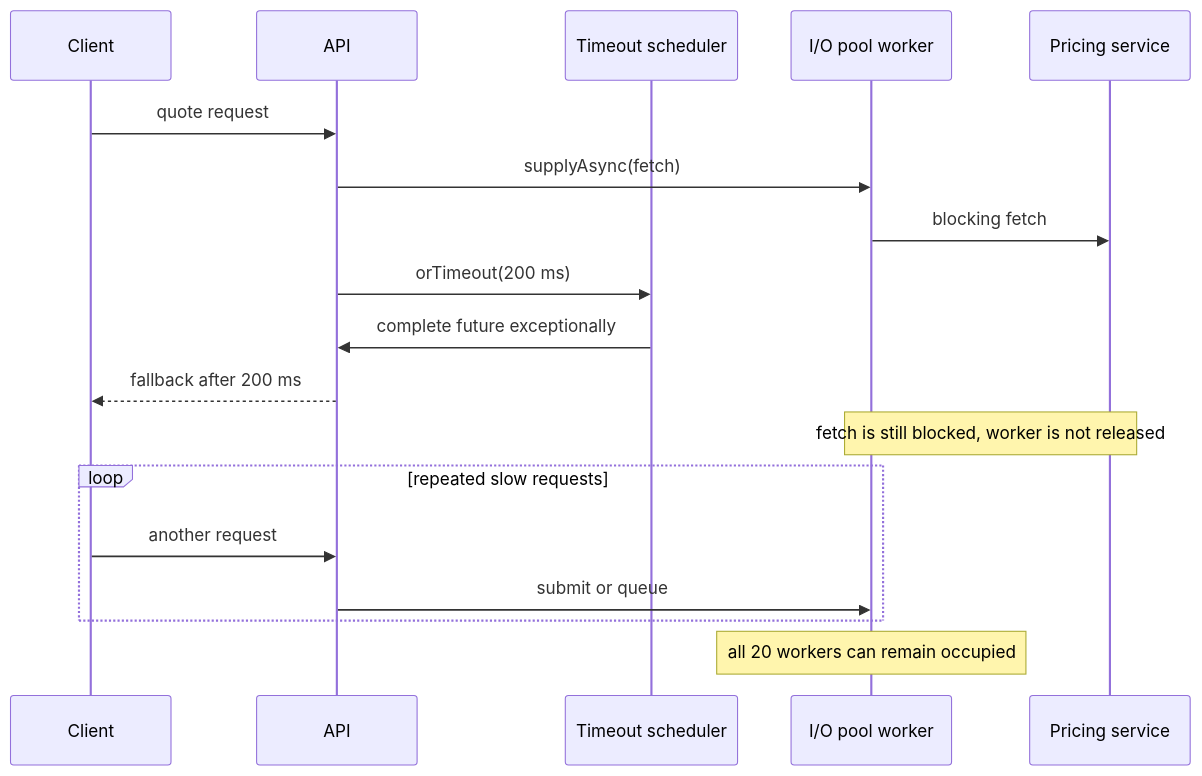
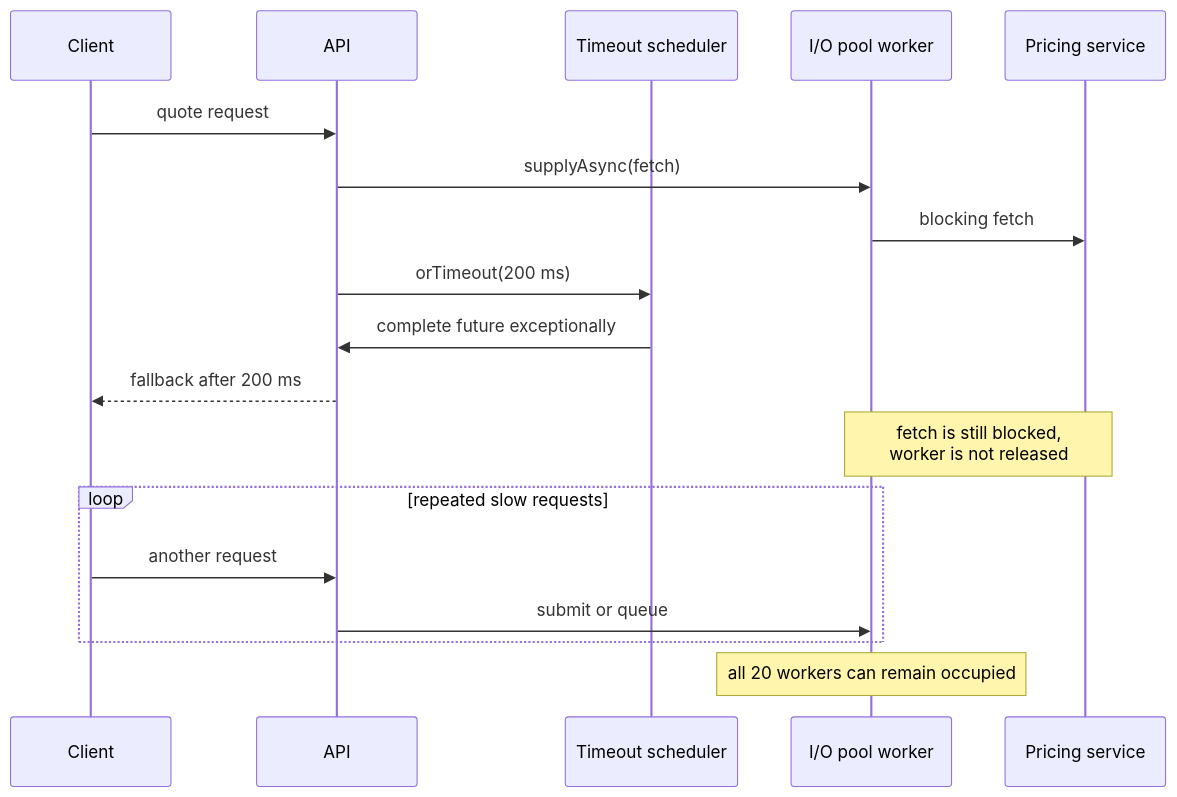
Before and after one commit to zizitop13/mock-interview-club-public: the diagram in quizzes/java/completable-future-timeout-pool-saturation-explain.md, drawn with Mermaid.

Commit message:
fix: wrap Mermaid timeout note

````diff
--- a/quizzes/java/completable-future-timeout-pool-saturation-explain.md
+++ b/quizzes/java/completable-future-timeout-pool-saturation-explain.md
@@ -15,20 +15,20 @@
 ```mermaid
 sequenceDiagram
     participant Client
     participant API
     participant Timer as Timeout scheduler
     participant Worker as I/O pool worker
     participant Pricing as Pricing service
     Client->>API: quote request
     API->>Worker: supplyAsync(fetch)
     Worker->>Pricing: blocking fetch
     API->>Timer: orTimeout(200 ms)
     Timer->>API: complete future exceptionally
     API-->>Client: fallback after 200 ms
-    Note over Worker,Pricing: fetch is still blocked, worker is not released
+    Note over Worker,Pricing: fetch is still blocked,<br/>worker is not released
     loop repeated slow requests
         Client->>API: another request
         API->>Worker: submit or queue
     end
     Note over Worker: all 20 workers can remain occupied
 ```
````
